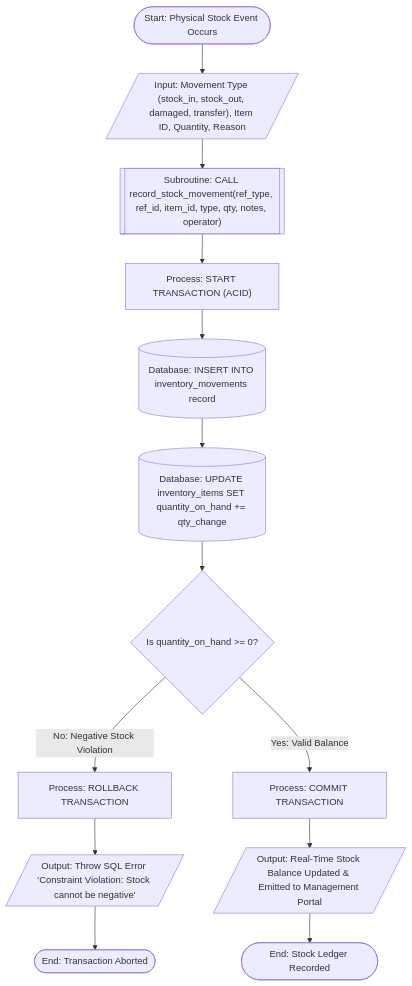
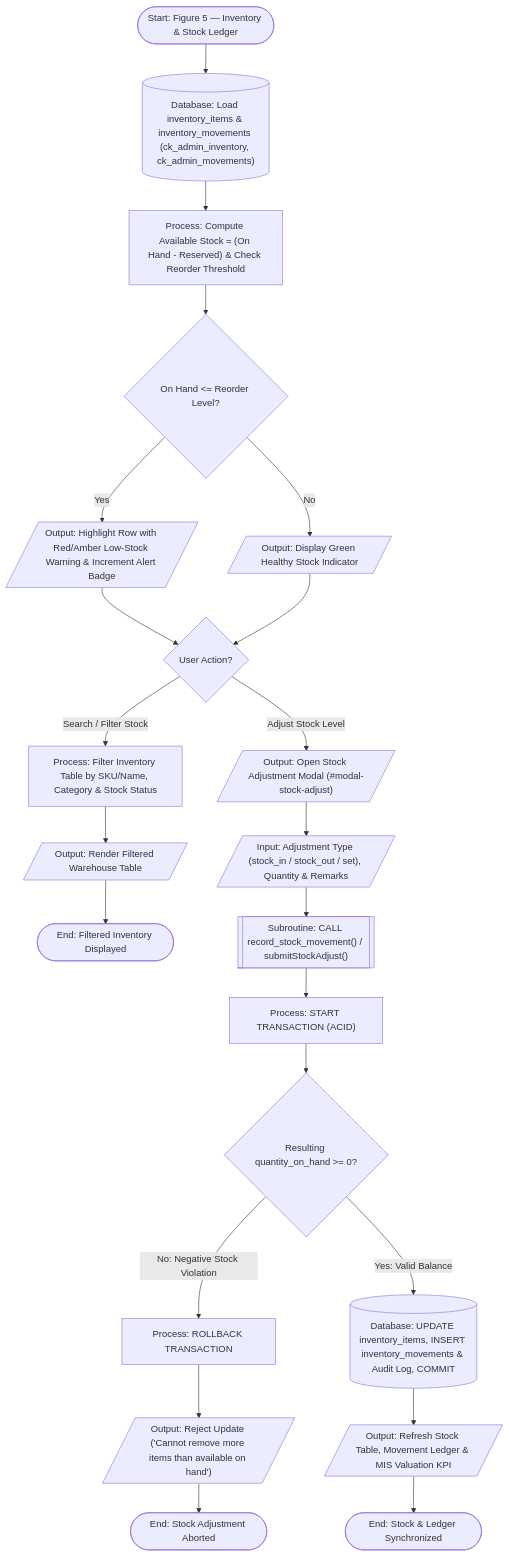
One commit to Zekerae/creativekit3a changed the sixth of 8 diagrams in docs/SYSTEM_FLOWCHART.md. Above: the diagram before and after it, drawn with Mermaid. The commit also changed other lines of this file and 1 other file, not shown here.

Commit message:
docs: add per-system flowchart figures (Figures 1-7) and detailed ID/action descriptions in database data dictionary

````diff
--- a/docs/SYSTEM_FLOWCHART.md
+++ b/docs/SYSTEM_FLOWCHART.md
@@ -178,18 +221,30 @@
 ```mermaid
 flowchart TD
-    START_B(["Start: Physical Stock Event Occurs"]) --> IN_EVENT[/"Input: Movement Type (stock_in, stock_out, damaged, transfer), Item ID, Quantity, Reason"/]
-    IN_EVENT --> SP_MOVEMENT[["Subroutine: CALL record_stock_movement(ref_type, ref_id, item_id, type, qty, notes, operator)"]]
+    F5_START(["Start: Figure 5 — Inventory & Stock Ledger"]) --> F5_LOAD[("Database: Load inventory_items & inventory_movements (ck_admin_inventory, ck_admin_movements)")]
+    F5_LOAD --> F5_CALC["Process: Compute Available Stock = (On Hand - Reserved) & Check Reorder Threshold"]
 
-    SP_MOVEMENT --> START_TX["Process: START TRANSACTION (ACID)"]
-    START_TX --> SQL_LEDGER[("Database: INSERT INTO inventory_movements record")]
-    SQL_LEDGER --> SQL_UPDATE_QTY[("Database: UPDATE inventory_items SET quantity_on_hand += qty_change")]
-    SQL_UPDATE_QTY --> CHK_BALANCE{"Is quantity_on_hand >= 0?"}
+    F5_CALC --> F5_CHK_LOW{"On Hand <= Reorder Level?"}
+    F5_CHK_LOW -->|Yes| F5_BADGE_LOW[/"Output: Highlight Row with Red/Amber Low-Stock Warning & Increment Alert Badge"/]
+    F5_CHK_LOW -->|No| F5_BADGE_OK[/"Output: Display Green Healthy Stock Indicator"/]
 
-    CHK_BALANCE -->|No: Negative Stock Violation| ROLLBACK_TX["Process: ROLLBACK TRANSACTION"]
-    ROLLBACK_TX --> ERR_BALANCE[/"Output: Throw SQL Error 'Constraint Violation: Stock cannot be negative'"/]
-    ERR_BALANCE --> END_B_FAIL(["End: Transaction Aborted"])
+    F5_BADGE_LOW --> F5_ACT{"User Action?"}
+    F5_BADGE_OK --> F5_ACT
 
-    CHK_BALANCE -->|Yes: Valid Balance| COMMIT_TX["Process: COMMIT TRANSACTION"]
-    COMMIT_TX --> OUT_BALANCE[/"Output: Real-Time Stock Balance Updated & Emitted to Management Portal"/]
-    OUT_BALANCE --> END_B_SUCCESS(["End: Stock Ledger Recorded"])
+    F5_ACT -->|Search / Filter Stock| F5_FILTER["Process: Filter Inventory Table by SKU/Name, Category & Stock Status"]
+    F5_FILTER --> F5_OUT_FILT[/"Output: Render Filtered Warehouse Table"/]
+    F5_OUT_FILT --> F5_END_FILT(["End: Filtered Inventory Displayed"])
+
+    F5_ACT -->|Adjust Stock Level| F5_ADJ_MOD[/"Output: Open Stock Adjustment Modal (#modal-stock-adjust)"/]
+    F5_ADJ_MOD --> F5_ADJ_IN[/"Input: Adjustment Type (stock_in / stock_out / set), Quantity & Remarks"/]
+    F5_ADJ_IN --> F5_SP_MOV[["Subroutine: CALL record_stock_movement() / submitStockAdjust()"]]
+
+    F5_SP_MOV --> F5_TX["Process: START TRANSACTION (ACID)"]
+    F5_TX --> F5_CHK_BAL{"Resulting quantity_on_hand >= 0?"}
+    F5_CHK_BAL -->|No: Negative Stock Violation| F5_ROLLBACK["Process: ROLLBACK TRANSACTION"]
+    F5_ROLLBACK --> F5_ERR_BAL[/"Output: Reject Update ('Cannot remove more items than available on hand')"/]
+    F5_ERR_BAL --> F5_END_FAIL(["End: Stock Adjustment Aborted"])
+
+    F5_CHK_BAL -->|Yes: Valid Balance| F5_COMMIT[("Database: UPDATE inventory_items, INSERT inventory_movements & Audit Log, COMMIT")]
+    F5_COMMIT --> F5_OUT_OK[/"Output: Refresh Stock Table, Movement Ledger & MIS Valuation KPI"/]
+    F5_OUT_OK --> F5_END_OK(["End: Stock & Ledger Synchronized"])
 ```
````
